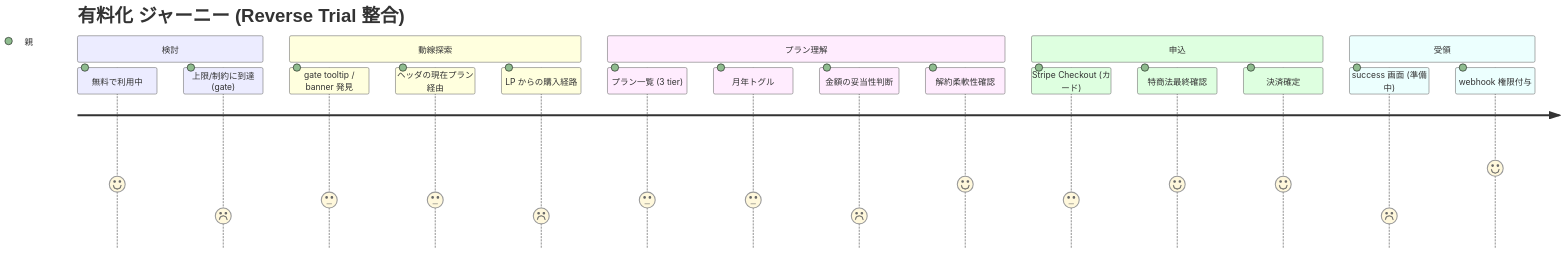
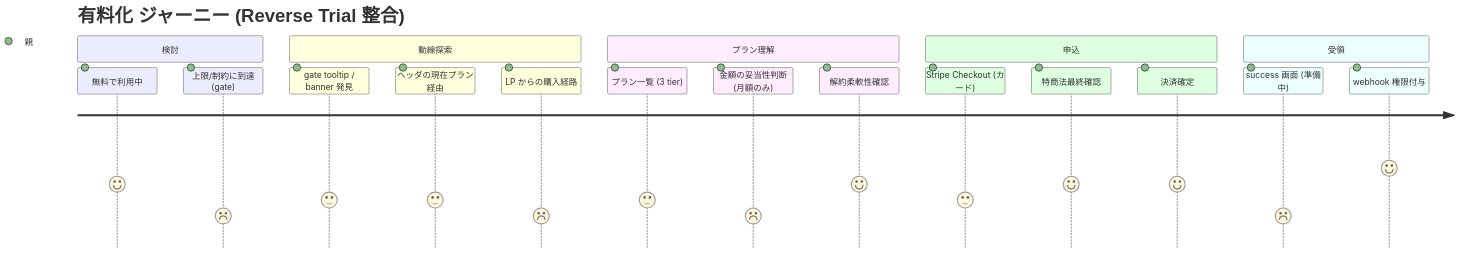
One commit to Takenori-Kusaka/ganbari-quest changed the first of 3 diagrams in docs/design/billing-redesign/phase2-checkout-journey.md. Above: the diagram before and after it, drawn with Mermaid. The commit also changed other lines of this file and 6 other files, not shown here.

````diff
--- a/docs/design/billing-redesign/phase2-checkout-journey.md
+++ b/docs/design/billing-redesign/phase2-checkout-journey.md
@@ -33,23 +34,22 @@
 ```mermaid
 journey
     title 有料化 ジャーニー (Reverse Trial 整合)
     section 検討
       無料で利用中: 4: 親
       上限/制約に到達 (gate): 2: 親
     section 動線探索
       gate tooltip / banner 発見: 3: 親
       ヘッダの現在プラン経由: 3: 親
       LP からの購入経路: 2: 親
     section プラン理解
       プラン一覧 (3 tier): 3: 親
-      月年トグル: 3: 親
-      金額の妥当性判断: 2: 親
+      金額の妥当性判断 (月額のみ): 2: 親
       解約柔軟性確認: 4: 親
     section 申込
       Stripe Checkout (カード): 3: 親
       特商法最終確認: 4: 親
       決済確定: 4: 親
     section 受領
       success 画面 (準備中): 2: 親
       webhook 権限付与: 5: 親
 ```
````
